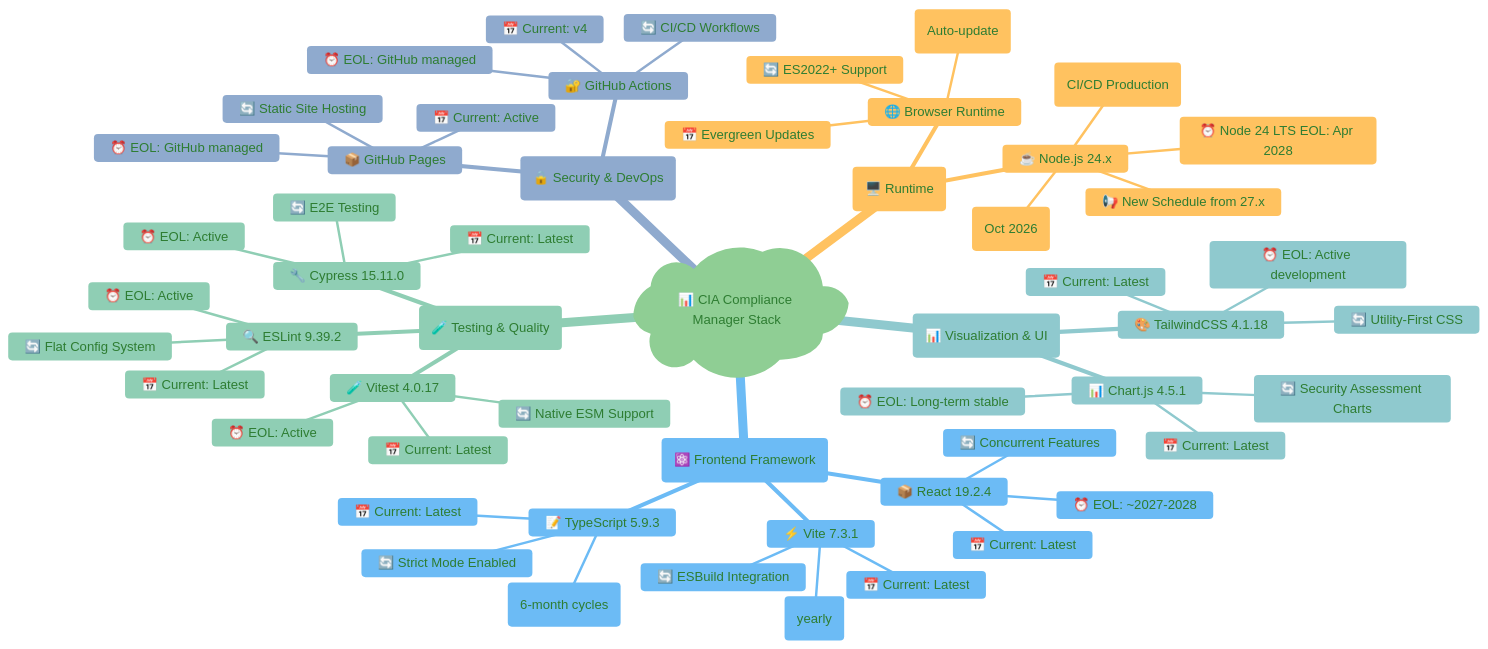
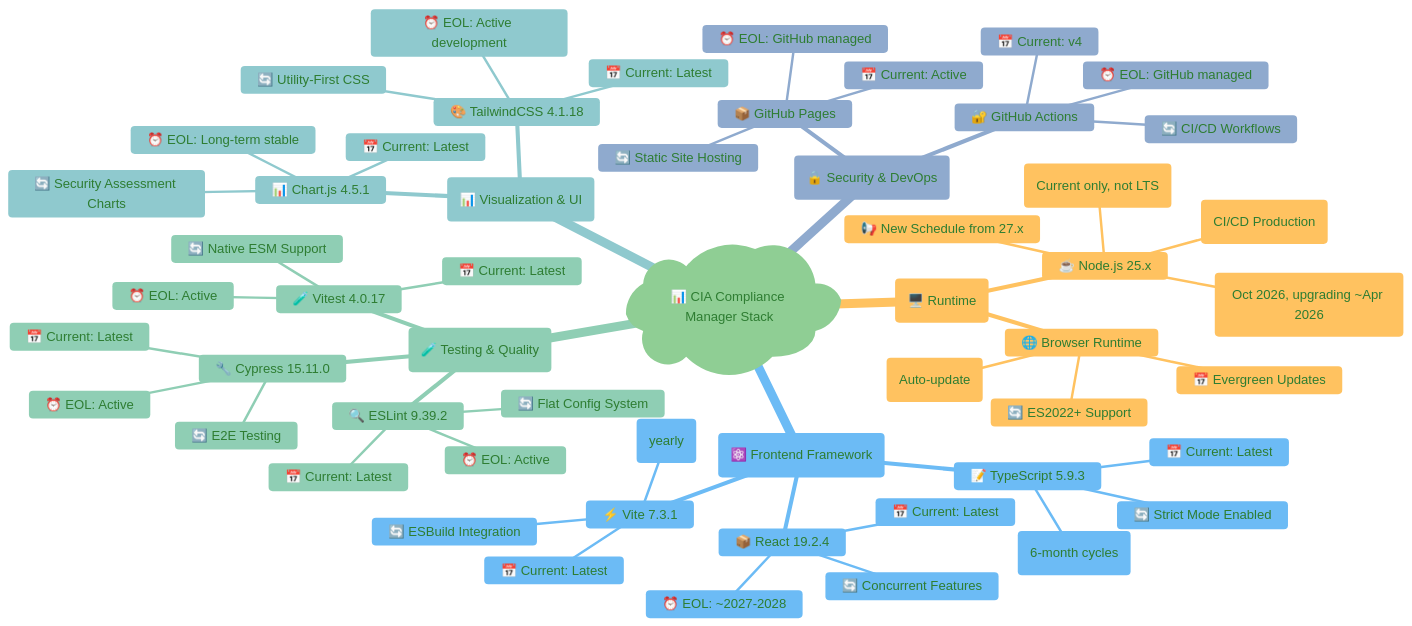
Before and after one commit to Hack23/cia-compliance-manager: the first of 9 diagrams in docs/End-of-Life-Strategy.md, drawn with Mermaid. The commit also changed other lines of this file and 11 other files, not shown here.

````diff
--- a/docs/End-of-Life-Strategy.md
+++ b/docs/End-of-Life-Strategy.md
@@ -51,70 +51,70 @@
 ```mermaid
 %%{
   init: {
     'theme': 'base',
     'themeVariables': {
       'primaryColor': '#e8f5e9',
       'primaryTextColor': '#2e7d32',
       'lineColor': '#4caf50',
       'secondaryColor': '#fff3e0',
       'tertiaryColor': '#e3f2fd'
     }
   }
 }%%
 mindmap
   root)📊 CIA Compliance Manager Stack(
     (🖥️ Runtime)
-      ☕ Node.js 24.x
-        📅 Current: 24.x (CI/CD Production)
-        ⏰ Node 24 LTS EOL: Apr 2028
-        🔄 Next LTS: Node 26 (Oct 2026)
+      ☕ Node.js 25.x
+        📅 Current: 25.x (CI/CD Production)
+        ⏰ Node 25 EOL: Apr 2026 (Current only, not LTS)
+        🔄 Next LTS: Node 26 (Oct 2026, upgrading ~Apr 2026)
         📢 New Schedule from 27.x
       🌐 Browser Runtime
         📅 Evergreen Updates
         ⏰ EOL: N/A (Auto-update)
         🔄 ES2022+ Support
     (⚛️ Frontend Framework)
       📦 React 19.2.4
         📅 Current: Latest
         ⏰ EOL: ~2027-2028
         🔄 Concurrent Features
       📝 TypeScript 5.9.3
         📅 Current: Latest
         ⏰ EOL: Active (6-month cycles)
         🔄 Strict Mode Enabled
       ⚡ Vite 7.3.1
         📅 Current: Latest
         ⏰ EOL: Active (yearly)
         🔄 ESBuild Integration
     (🧪 Testing & Quality)
       🧪 Vitest 4.0.17
         📅 Current: Latest
         ⏰ EOL: Active
         🔄 Native ESM Support
       🔧 Cypress 15.11.0
         📅 Current: Latest
         ⏰ EOL: Active
         🔄 E2E Testing
       🔍 ESLint 9.39.2
         📅 Current: Latest
         ⏰ EOL: Active
         🔄 Flat Config System
     (📊 Visualization & UI)
       📊 Chart.js 4.5.1
         📅 Current: Latest
         ⏰ EOL: Long-term stable
         🔄 Security Assessment Charts
       🎨 TailwindCSS 4.1.18
         📅 Current: Latest
         ⏰ EOL: Active development
         🔄 Utility-First CSS
     (🔒 Security & DevOps)
       🔐 GitHub Actions
         📅 Current: v4
         ⏰ EOL: GitHub managed
         🔄 CI/CD Workflows
       📦 GitHub Pages
         📅 Current: Active
         ⏰ EOL: GitHub managed
         🔄 Static Site Hosting
 ```
````
